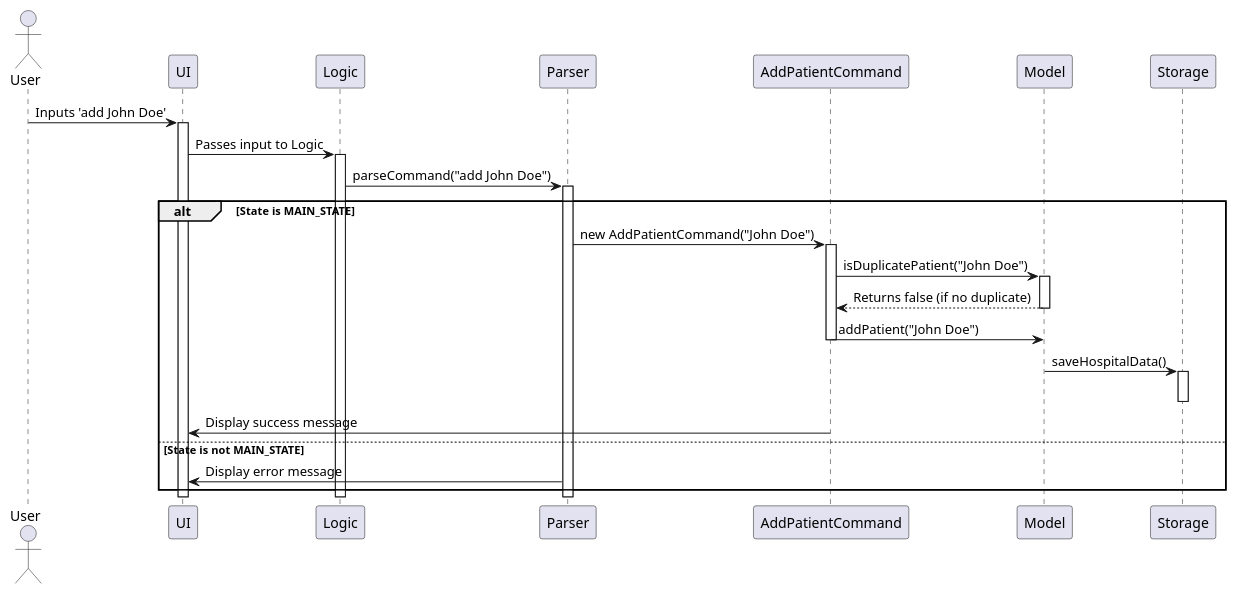
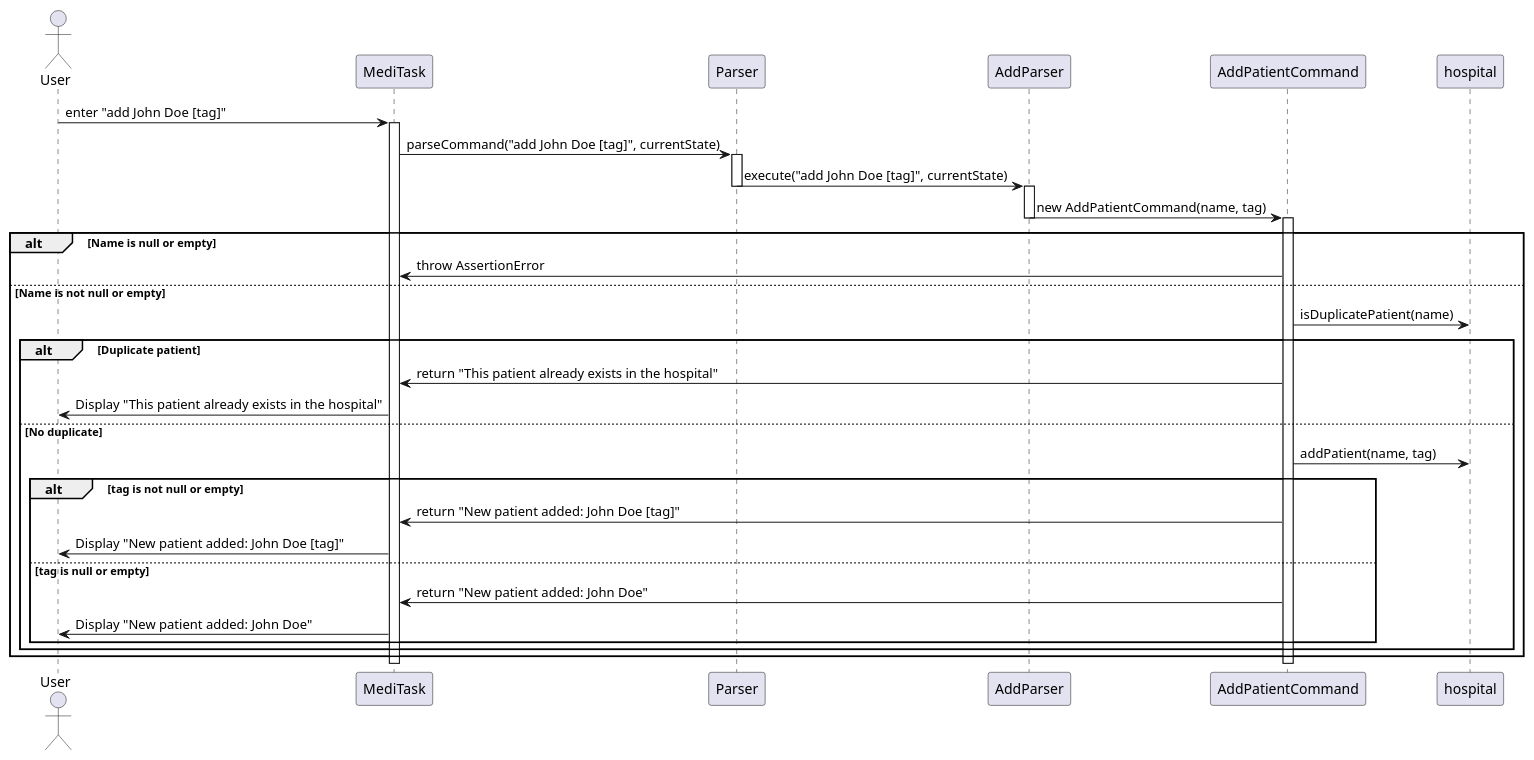
The diagram in docs/diagrams/AddPatientSequenceDiagram.puml (nus-cs2113-AY2425S1/tp), drawn with PlantUML before and after one commit. The commit also changed 2 other files, not shown here.

Commit message:
Update AddPatientCommand section in DG
Changes made:
* Updated the documentation for AddPatientCommand feature

These changes improve clarity on how AddPatientCommand operates and
assist in better understanding the system’s patient management
functionality.

```diff
--- a/docs/diagrams/AddPatientSequenceDiagram.puml
+++ b/docs/diagrams/AddPatientSequenceDiagram.puml
@@ -1,35 +1,42 @@
 @startuml
+
 actor User
-User -> UI : Inputs 'add John Doe'
-activate UI
+participant MediTask
+participant Parser
+participant AddParser
+participant AddPatientCommand
+participant hospital
 
-UI -> Logic : Passes input to Logic
-activate Logic
+User -> MediTask : enter "add John Doe [tag]"
+activate MediTask
+MediTask -> Parser : parseCommand("add John Doe [tag]", currentState)
+activate Parser
+Parser -> AddParser : execute("add John Doe [tag]", currentState)
+deactivate Parser
+activate AddParser
+AddParser -> AddPatientCommand : new AddPatientCommand(name, tag)
+deactivate AddParser
+activate AddPatientCommand
 
-Logic -> Parser : parseCommand("add John Doe")
-activate Parser
+alt Name is null or empty
+    AddPatientCommand -> MediTask : throw AssertionError
+else Name is not null or empty
+    AddPatientCommand -> hospital : isDuplicatePatient(name)
+    alt Duplicate patient
+        AddPatientCommand -> MediTask : return "This patient already exists in the hospital"
+        MediTask -> User : Display "This patient already exists in the hospital"
+    else No duplicate
+        AddPatientCommand -> hospital : addPatient(name, tag)
+        alt tag is not null or empty
+            AddPatientCommand -> MediTask : return "New patient added: John Doe [tag]"
+            MediTask -> User : Display "New patient added: John Doe [tag]"
+        else tag is null or empty
+            AddPatientCommand -> MediTask : return "New patient added: John Doe"
+            MediTask -> User : Display "New patient added: John Doe"
+        end
+    end
+end
+deactivate AddPatientCommand
+deactivate MediTask
 
-alt State is MAIN_STATE
-    Parser -> AddPatientCommand : new AddPatientCommand("John Doe")
-    activate AddPatientCommand
-
-    AddPatientCommand -> Model : isDuplicatePatient("John Doe")
-    activate Model
-    Model --> AddPatientCommand : Returns false (if no duplicate)
-    deactivate Model
-
-    AddPatientCommand -> Model : addPatient("John Doe")
-    deactivate AddPatientCommand
-    Model -> Storage : saveHospitalData()
-    activate Storage
-    deactivate Storage
-
-    AddPatientCommand -> UI : Display success message
-else State is not MAIN_STATE
-    Parser -> UI : Display error message
-end
-
-deactivate Parser
-deactivate Logic
-deactivate UI
 @enduml
```
